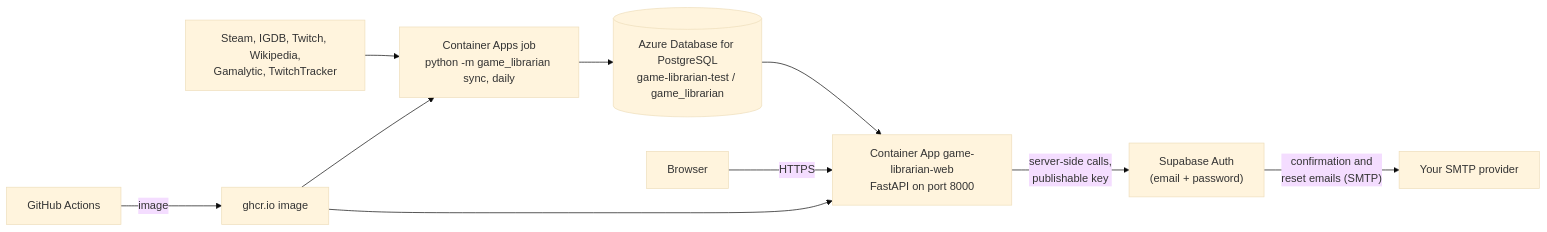
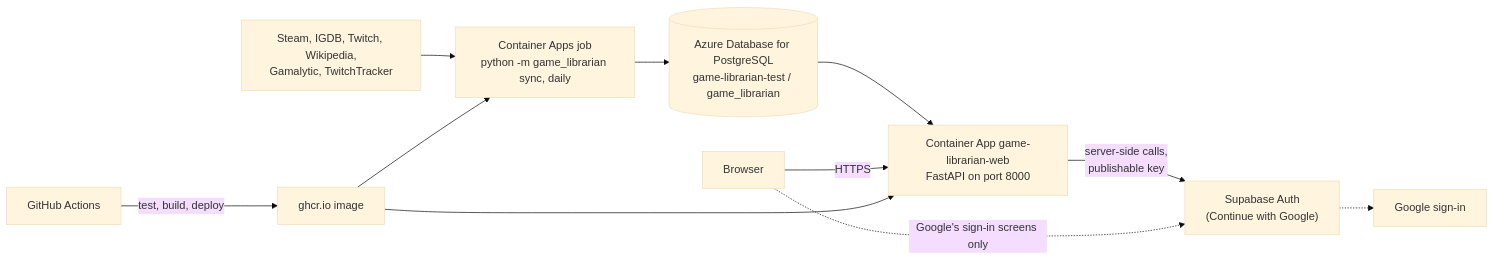
One commit to scottphung/game-librarian changed the diagram in DEPLOYMENT.md. Above: the diagram before and after it, drawn with Mermaid (base theme). The commit also changed other lines of this file and 13 other files, not shown here.

````diff
--- a/DEPLOYMENT.md
+++ b/DEPLOYMENT.md
@@ -29,12 +29,13 @@
 ```mermaid
 flowchart LR
     Sources["Steam, IGDB, Twitch, Wikipedia,<br/>Gamalytic, TwitchTracker"] --> Job["Container Apps job<br/>python -m game_librarian sync, daily"]
     Job --> DB[("Azure Database for PostgreSQL<br/>game-librarian-test / game_librarian")]
     DB --> Web["Container App game-librarian-web<br/>FastAPI on port 8000"]
-    Web -->|"server-side calls,<br/>publishable key"| Supa["Supabase Auth<br/>(email + password)"]
-    Supa -->|"confirmation and<br/>reset emails (SMTP)"| Mail["Your SMTP provider"]
+    Web -->|"server-side calls,<br/>publishable key"| Supa["Supabase Auth<br/>(Continue with Google)"]
     Browser["Browser"] -->|HTTPS| Web
-    GitHub["GitHub Actions"] -->|image| GHCR["ghcr.io image"]
+    Browser -.->|"Google's sign-in screens only"| Supa
+    Supa -.-> Google["Google sign-in"]
+    GitHub["GitHub Actions"] -->|"test, build, deploy"| GHCR["ghcr.io image"]
     GHCR --> Web
     GHCR --> Job
 ```
````
